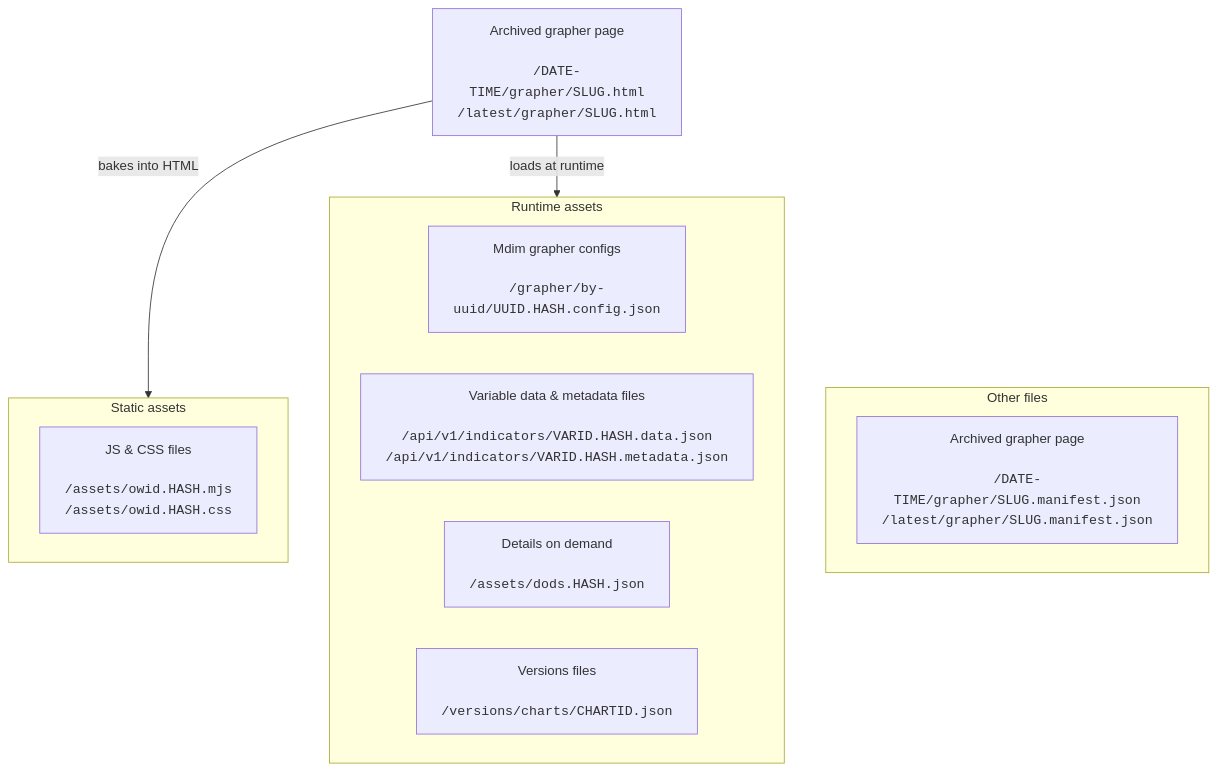
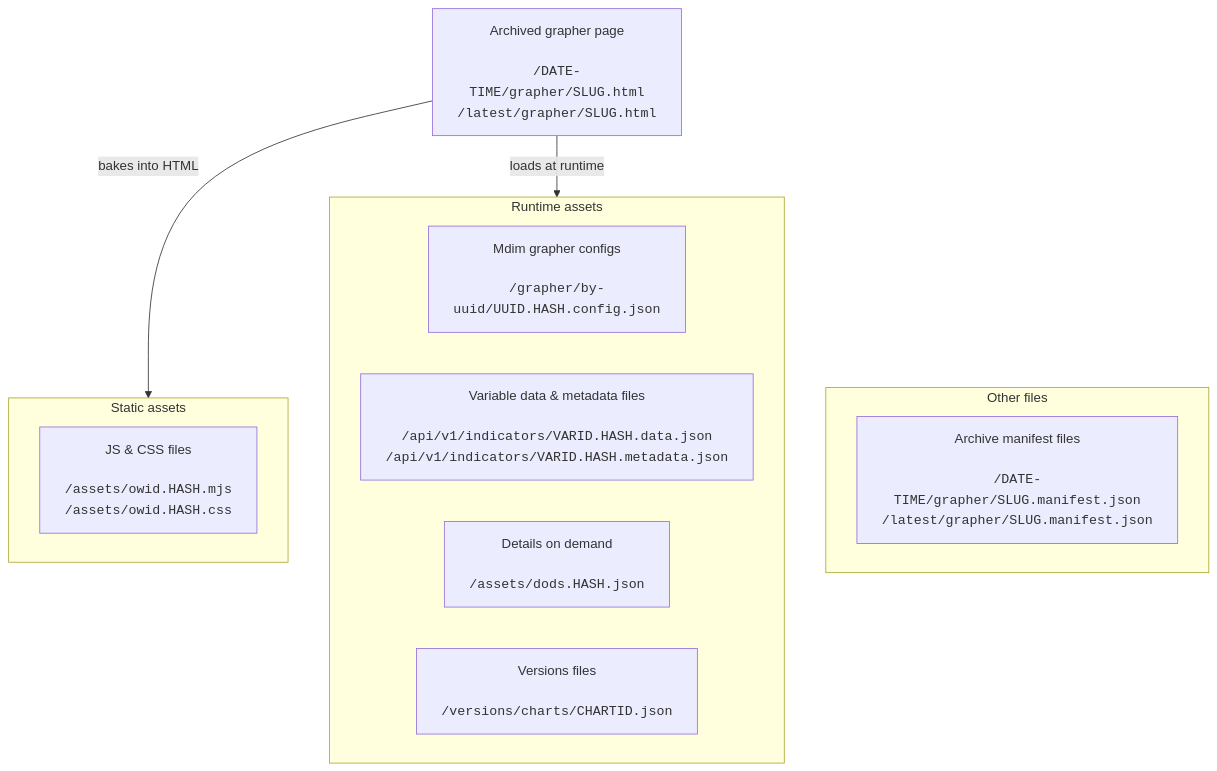
Before and after one commit to owid/owid-grapher: the diagram in baker/archival/README.md, drawn with Mermaid.

Commit message:
docs: change wrong title inside mermaid diagram

````diff
--- a/baker/archival/README.md
+++ b/baker/archival/README.md
@@ -9,19 +9,19 @@
 ```mermaid
 flowchart TD
  subgraph static["Static assets"]
         assets["JS & CSS files<br><br><code>/assets/owid.HASH.mjs</code><br><code>/assets/owid.HASH.css</code>"]
   end
  subgraph runtime["Runtime assets"]
         configs["Mdim grapher configs<br><br><code>/grapher/by-uuid/UUID.HASH.config.json</code>"]
         vars["Variable data &amp; metadata files<br><br><code>/api/v1/indicators/VARID.HASH.data.json</code><br><code>/api/v1/indicators/VARID.HASH.metadata.json</code>"]
         dods["Details on demand<br><br><code>/assets/dods.HASH.json</code>"]
         versions["Versions files<br><br><code>/versions/charts/CHARTID.json</code>"]
   end
   subgraph other["Other files"]
-    manifests["Archived grapher page<br><br><code>/DATE-TIME/grapher/SLUG.manifest.json</code><br><code>/latest/grapher/SLUG.manifest.json</code>"]
+    manifests["Archive manifest files<br><br><code>/DATE-TIME/grapher/SLUG.manifest.json</code><br><code>/latest/grapher/SLUG.manifest.json</code>"]
   end
     page["Archived grapher page<br><br><code>/DATE-TIME/grapher/SLUG.html</code><br><code>/latest/grapher/SLUG.html</code>"]
     page -- bakes into HTML --> static
     page -- loads at runtime --> runtime
     page ~~~ other
 ```
````
